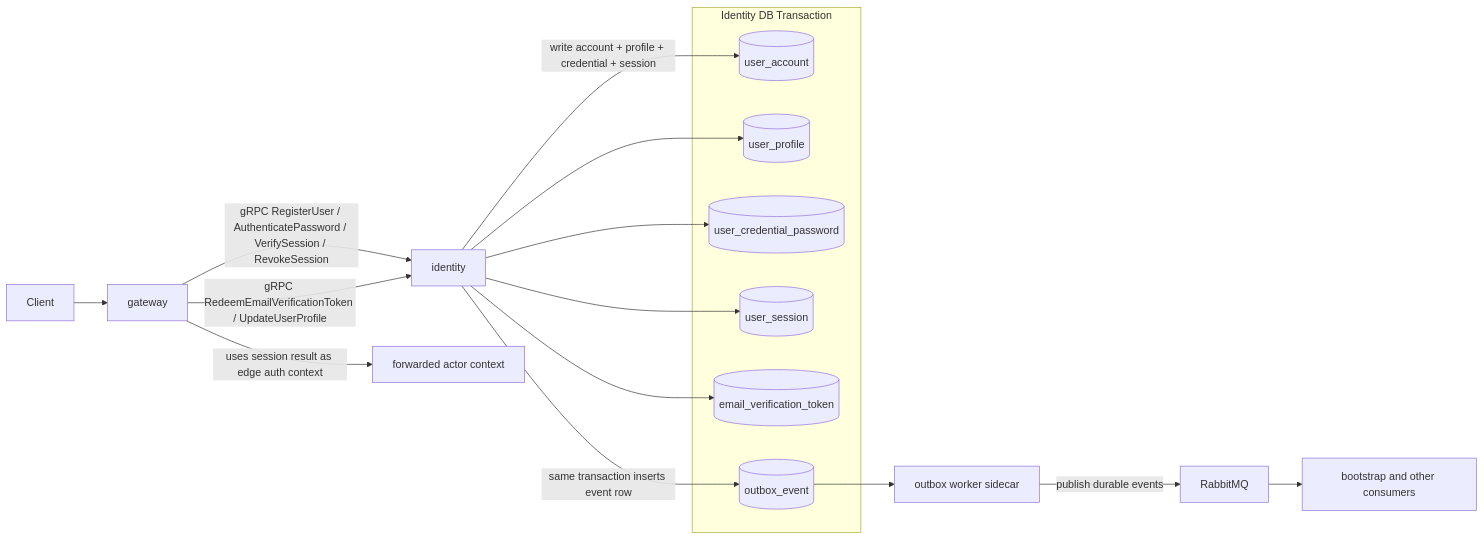
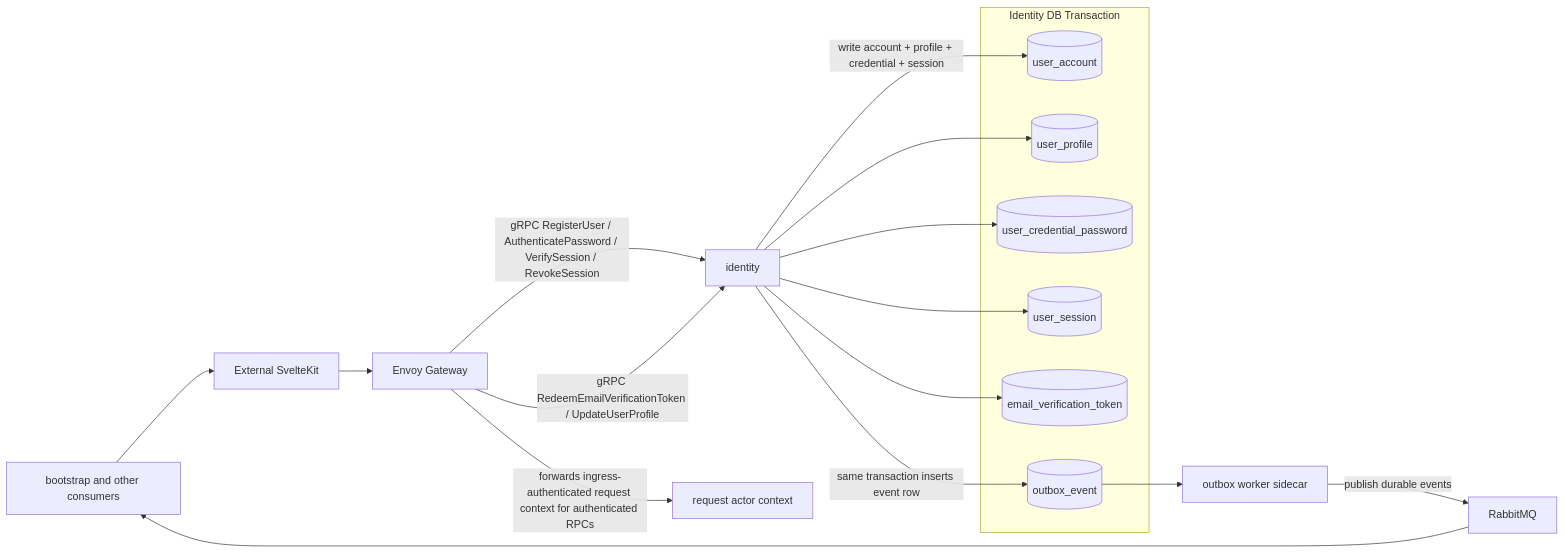
The diagram in docs/service/identity/diagram.md (nthnf/Relay), drawn with Mermaid before and after one commit. The commit also changed other lines of this file and 53 other files, not shown here.

````diff
--- a/docs/service/identity/diagram.md
+++ b/docs/service/identity/diagram.md
@@ -3,28 +3,29 @@
 ```mermaid
 flowchart LR
-    C[Client] --> G[gateway]
+    B[Browser Client] --> A[External SvelteKit]
+    A --> G[Envoy Gateway]
     G -->|gRPC RegisterUser / AuthenticatePassword / VerifySession / RevokeSession| I[identity]
     G -->|gRPC RedeemEmailVerificationToken / UpdateUserProfile| I
 
     subgraph Identity DB Transaction
         UA[(user_account)]
         UP[(user_profile)]
         UC[(user_credential_password)]
         US[(user_session)]
         EV[(email_verification_token)]
         O[(outbox_event)]
     end
 
     I -->|write account + profile + credential + session| UA
     I --> UP
     I --> UC
     I --> US
     I --> EV
     I -->|same transaction inserts event row| O
 
     O --> W[outbox worker sidecar]
     W -->|publish durable events| R[RabbitMQ]
     R --> B[bootstrap and other consumers]
 
-    G -->|uses session result as edge auth context| Ctx[forwarded actor context]
+    G -->|forwards ingress-authenticated request context for authenticated RPCs| Ctx[request actor context]
 ```
````
